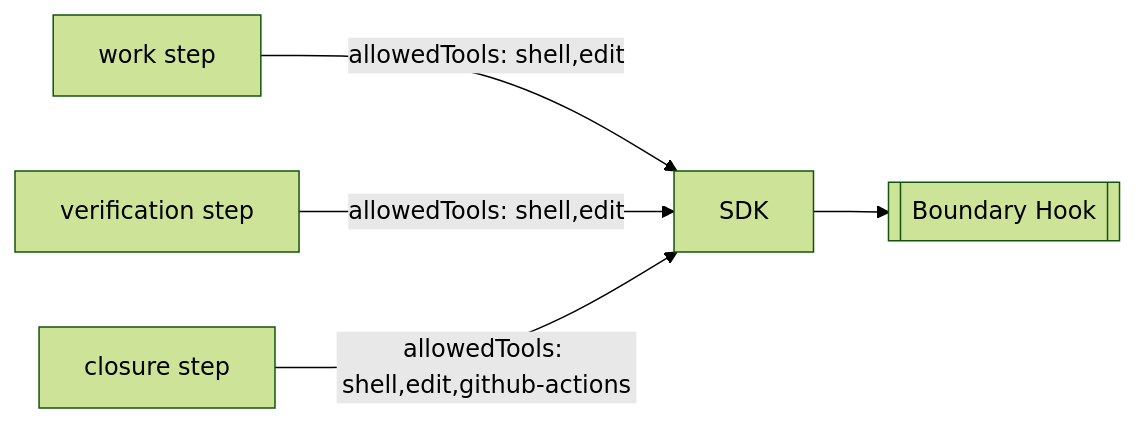
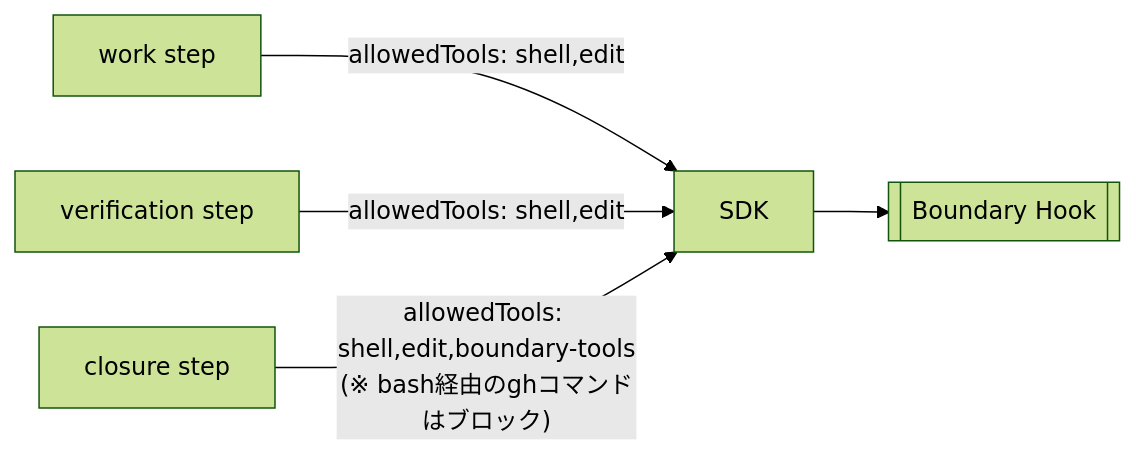
Before and after one commit to tettuan/climpt: diagram 13 of 13 in agents/docs/design/08_step_flow_design.md, drawn with Mermaid (forest theme). The commit also changed other lines of this file, not shown here.

First line of the commit message:
docs: clarify Boundary Hook execution flow and bash blocking in step flow design

````diff
--- a/agents/docs/design/08_step_flow_design.md
+++ b/agents/docs/design/08_step_flow_design.md
@@ -315,7 +323,7 @@
 ```mermaid
 flowchart LR
   Work[work step] -->|allowedTools: shell,edit| SDK
   Verify[verification step] -->|allowedTools: shell,edit| SDK
-  Closure[closure step] -->|allowedTools: shell,edit,github-actions| SDK
+  Closure[closure step] -->|"allowedTools: shell,edit,boundary-tools<br/>(※ bash経由のghコマンドはブロック)"| SDK
   SDK --> Boundary[[Boundary Hook]]
 ```
````
